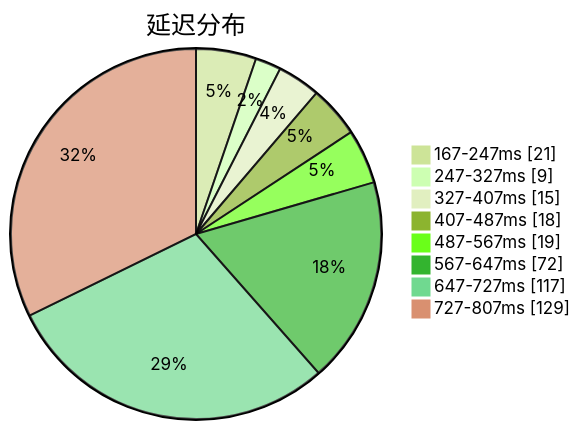
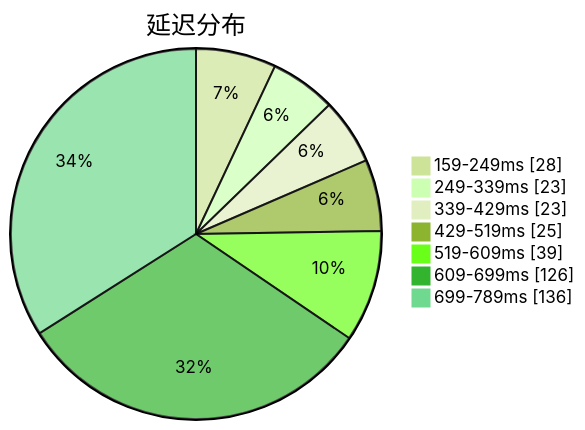
Before and after one commit to qjlxg/airport: the first of 3 diagrams in subs/statistics/tested_within.md, drawn with Mermaid (forest theme). The commit also changed other lines of this file and 2 other files, not shown here.

Commit message:
Tested by metaST

````diff
--- a/subs/statistics/tested_within.md
+++ b/subs/statistics/tested_within.md
@@ -2,12 +2,11 @@
 ```mermaid
 pie showData
 title 延迟分布
-"167-247ms" : 21
-"247-327ms" : 9
-"327-407ms" : 15
-"407-487ms" : 18
-"487-567ms" : 19
-"567-647ms" : 72
-"647-727ms" : 117
-"727-807ms" : 129
+"159-249ms" : 28
+"249-339ms" : 23
+"339-429ms" : 23
+"429-519ms" : 25
+"519-609ms" : 39
+"609-699ms" : 126
+"699-789ms" : 136
 ```
````
